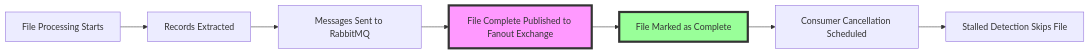
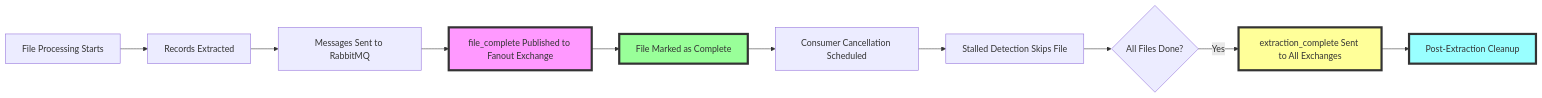
One commit to SimplicityGuy/discogsography changed the diagram in docs/file-completion-tracking.md. Above: the diagram before and after it, drawn with Mermaid. The commit also changed other lines of this file and 17 other files, not shown here.

First line of the commit message:
fix: ensure database count parity with post-extraction cleanup (#106)

````diff
--- a/docs/file-completion-tracking.md
+++ b/docs/file-completion-tracking.md
@@ -23,12 +23,17 @@
 ```mermaid
 graph LR
     A[File Processing Starts] --> B[Records Extracted]
     B --> C[Messages Sent to RabbitMQ]
-    C --> D[File Complete Published to Fanout Exchange]
+    C --> D[file_complete Published to Fanout Exchange]
     D --> E[File Marked as Complete]
     E --> F[Consumer Cancellation Scheduled]
     F --> G[Stalled Detection Skips File]
+    G --> H{All Files Done?}
+    H -->|Yes| I[extraction_complete Sent to All Exchanges]
+    I --> J[Post-Extraction Cleanup]
 
     style D fill:#f9f,stroke:#333,stroke-width:4px
     style E fill:#9f9,stroke:#333,stroke-width:4px
+    style I fill:#ff9,stroke:#333,stroke-width:4px
+    style J fill:#9ff,stroke:#333,stroke-width:4px
 ```
````
